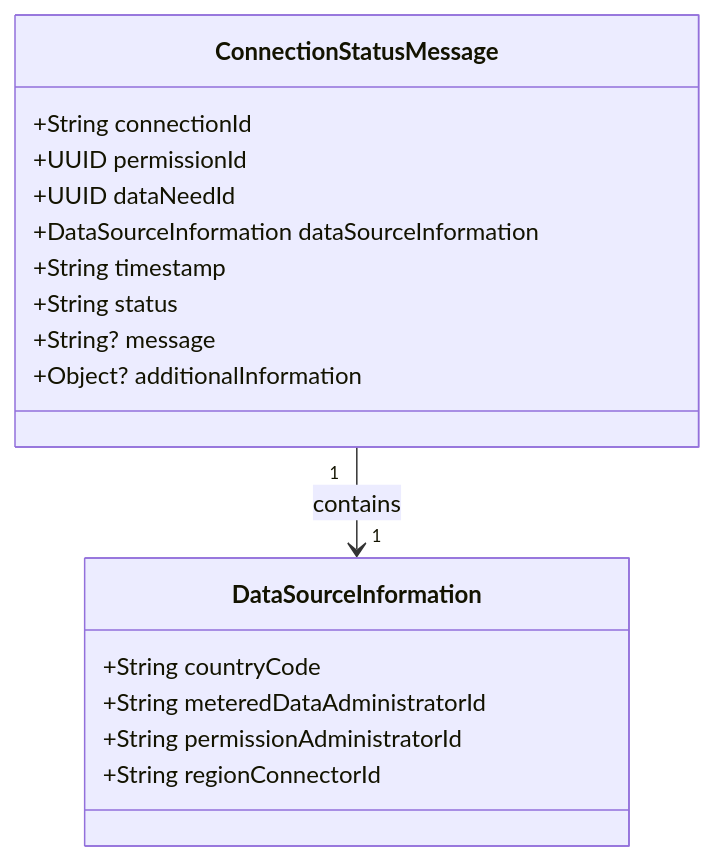
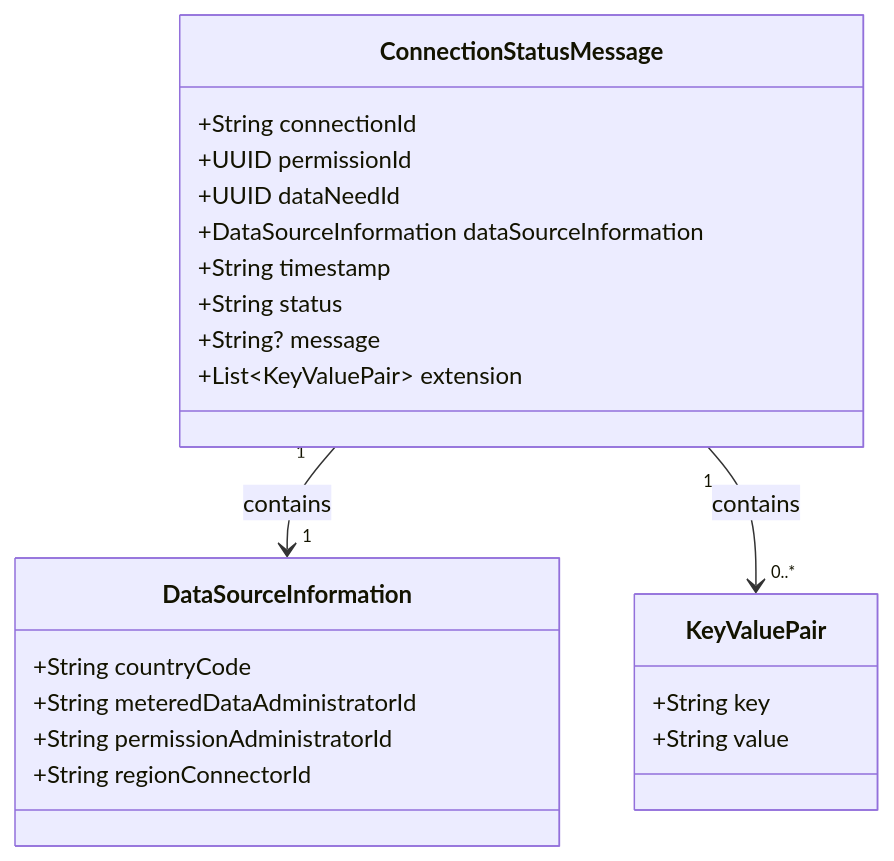
The first of 3 diagrams in docs/2-integrating/messages/agnostic.md (SimoneCognolato/eddie), drawn with Mermaid before and after one commit. The commit also changed 161 other files, not shown here.

````diff
--- a/docs/2-integrating/messages/agnostic.md
+++ b/docs/2-integrating/messages/agnostic.md
@@ -11,22 +11,28 @@
 ```mermaid
 classDiagram
     class ConnectionStatusMessage {
         +String connectionId
         +UUID permissionId
         +UUID dataNeedId
         +DataSourceInformation dataSourceInformation
         +String timestamp
         +String status
         +String? message
-        +Object? additionalInformation
+        +List~KeyValuePair~ extension
     }
 
     class DataSourceInformation {
         +String countryCode
         +String meteredDataAdministratorId
         +String permissionAdministratorId
         +String regionConnectorId
     }
 
+    class KeyValuePair {
+        +String key
+        +String value
+    }
+    
     ConnectionStatusMessage "1" --> "1" DataSourceInformation: contains
+    ConnectionStatusMessage "1" --> "0..*" KeyValuePair: contains
 ```
````
